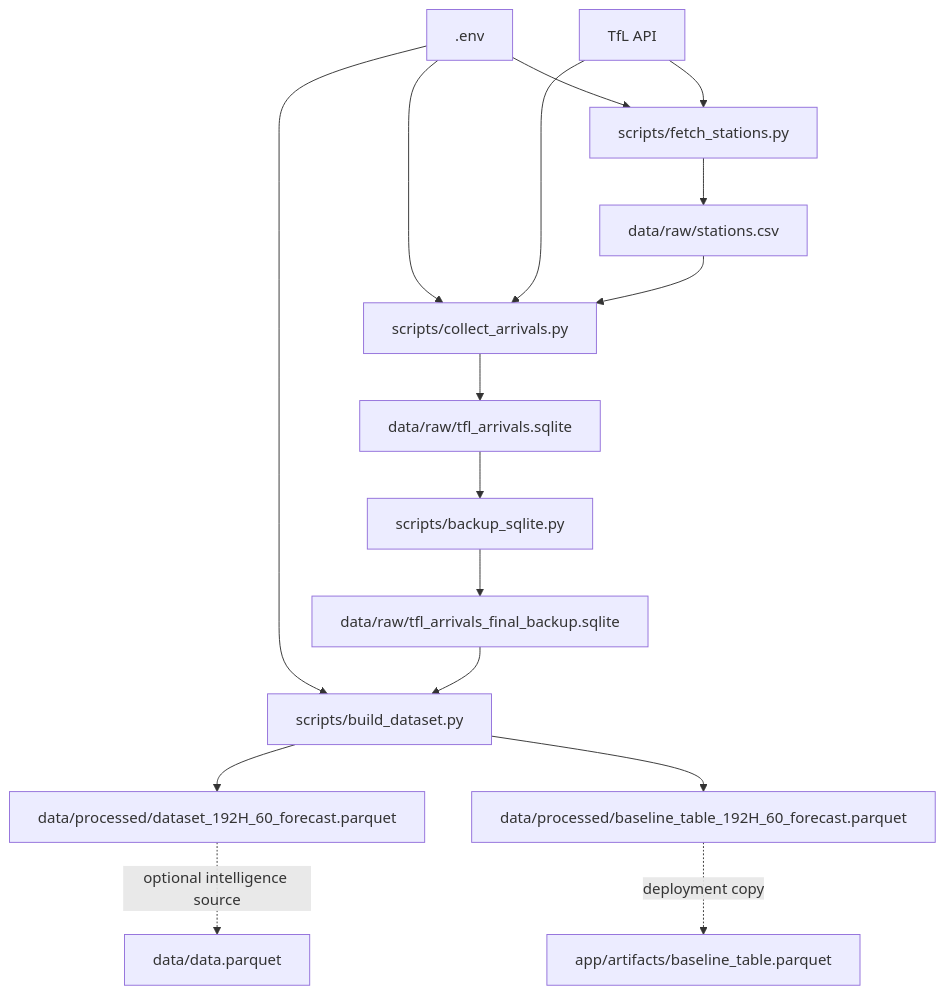
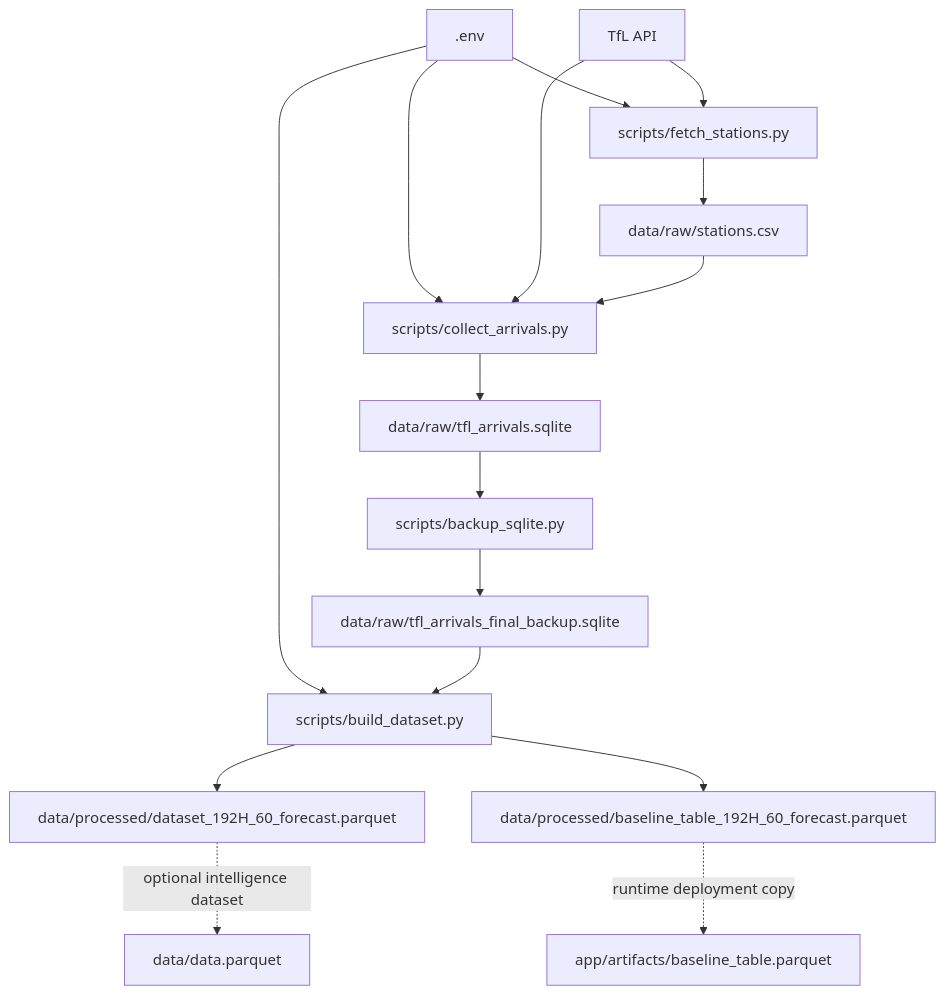
The second of 2 diagrams in docs/repository_architecture.md (itsMayankVashistha/delaysense-transit-intelligence), drawn with Mermaid before and after one commit. The commit also changed other lines of this file, not shown here.

Commit message:
docs: rewrite repository architecture for DelaySense runtime

````diff
--- a/docs/repository_architecture.md
+++ b/docs/repository_architecture.md
@@ -185,22 +222,22 @@
 ```mermaid
 flowchart TD
     ENV[.env] --> FS[scripts/fetch_stations.py]
     ENV --> CA[scripts/collect_arrivals.py]
     ENV --> BD[scripts/build_dataset.py]
 
     TFL[TfL API] --> FS
     TFL --> CA
 
     FS --> ST[data/raw/stations.csv]
     ST --> CA
     CA --> RAW[data/raw/tfl_arrivals.sqlite]
     RAW --> BK[scripts/backup_sqlite.py]
     BK --> SNAP[data/raw/tfl_arrivals_final_backup.sqlite]
     SNAP --> BD
 
     BD --> DS[data/processed/dataset_192H_60_forecast.parquet]
     BD --> BL[data/processed/baseline_table_192H_60_forecast.parquet]
 
-    BL -. deployment copy .-> APPBL[app/artifacts/baseline_table.parquet]
-    DS -. optional intelligence source .-> HIST[data/data.parquet]
+    BL -. runtime deployment copy .-> APPBL[app/artifacts/baseline_table.parquet]
+    DS -. optional intelligence dataset .-> HIST[data/data.parquet]
 ```
````
